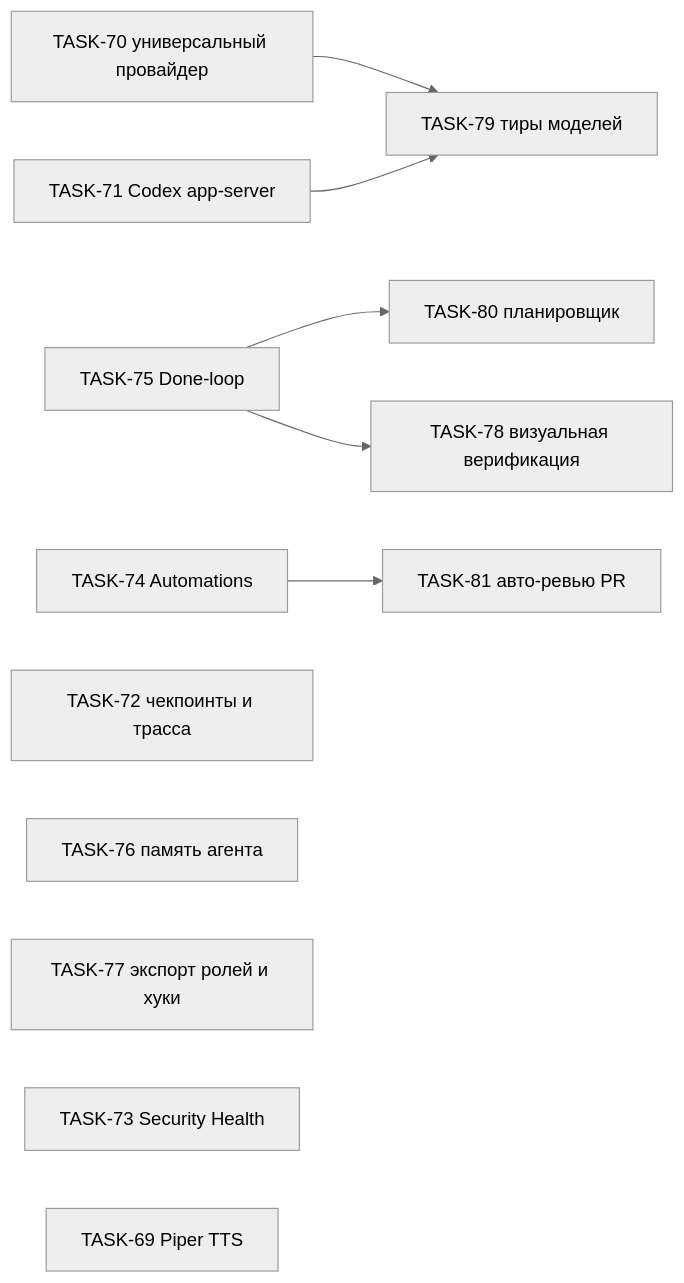
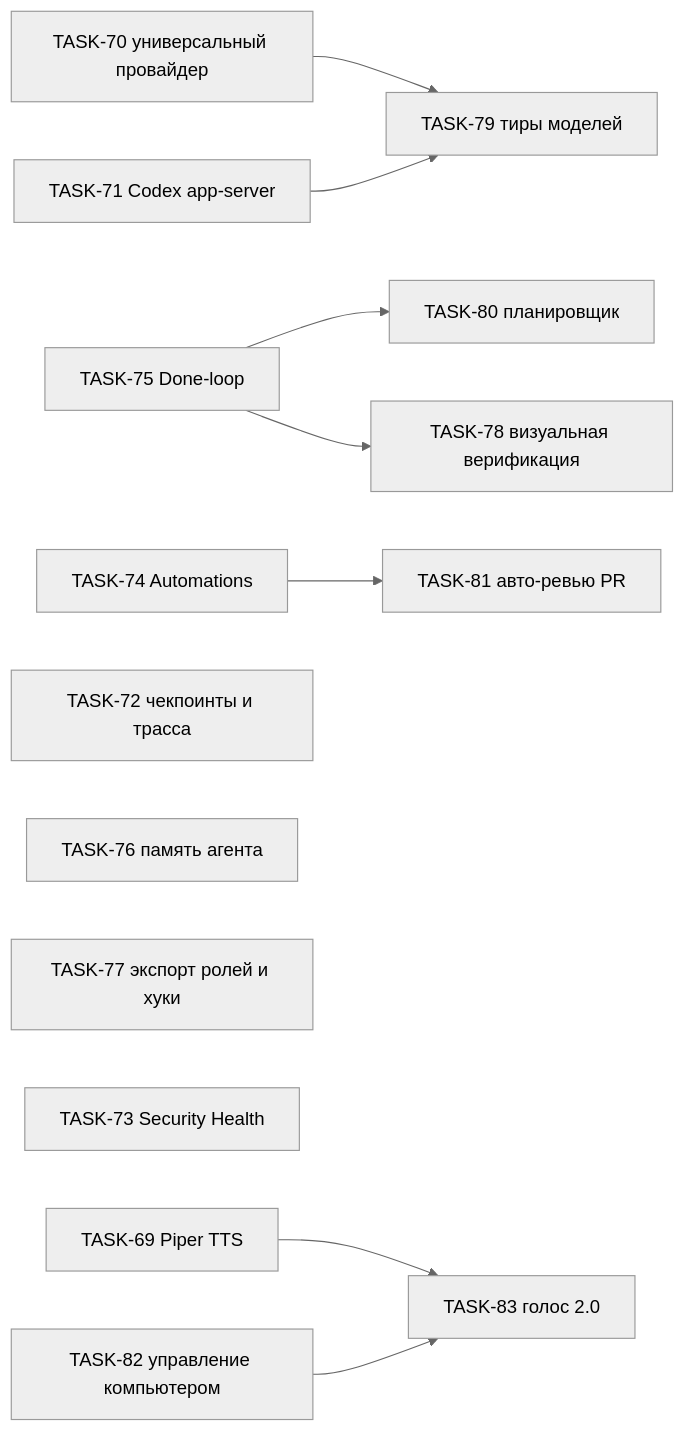
The diagram in backlog/docs/doc-10 - Ландшафт-агентных-harness-2026-анализ-пробелов-ProjectHub-и-план-Harness-3.0.md (Reasp/ProjectHub), drawn with Mermaid (neutral theme) before and after one commit. The commit also changed other lines of this file and 10 other files, not shown here.

Commit message:
chore(backlog): управление компьютером через MCP-прокси (decision-27, TASK-82) и голос 2.0 (TASK-83)

````diff
--- a/backlog/docs/doc-10 - Ландшафт-агентных-harness-2026-анализ-пробелов-ProjectHub-и-план-Harness-3.0.md
+++ b/backlog/docs/doc-10 - Ландшафт-агентных-harness-2026-анализ-пробелов-ProjectHub-и-план-Harness-3.0.md
@@ -120,13 +123,14 @@
 ```mermaid
 flowchart LR
     T70[TASK-70 универсальный провайдер] --> T79[TASK-79 тиры моделей]
     T71[TASK-71 Codex app-server] --> T79
     T75[TASK-75 Done-loop] --> T80[TASK-80 планировщик]
     T74[TASK-74 Automations] --> T81[TASK-81 авто-ревью PR]
     T75 --> T78[TASK-78 визуальная верификация]
     T72[TASK-72 чекпоинты и трасса]
     T76[TASK-76 память агента]
     T77[TASK-77 экспорт ролей и хуки]
     T73[TASK-73 Security Health]
-    T69[TASK-69 Piper TTS]
+    T69[TASK-69 Piper TTS] --> T83[TASK-83 голос 2.0]
+    T82[TASK-82 управление компьютером] --> T83
 ```
````
